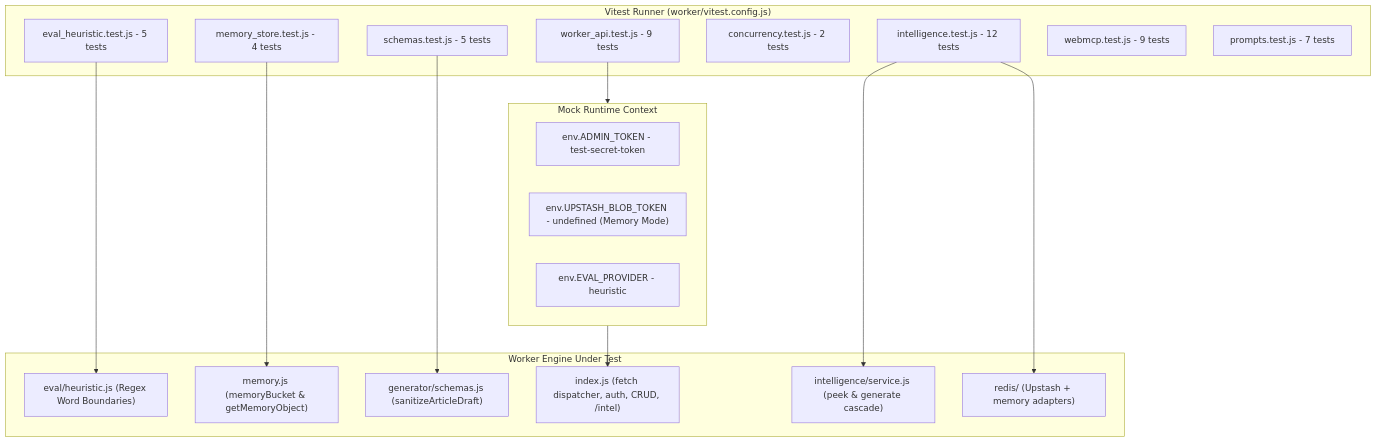
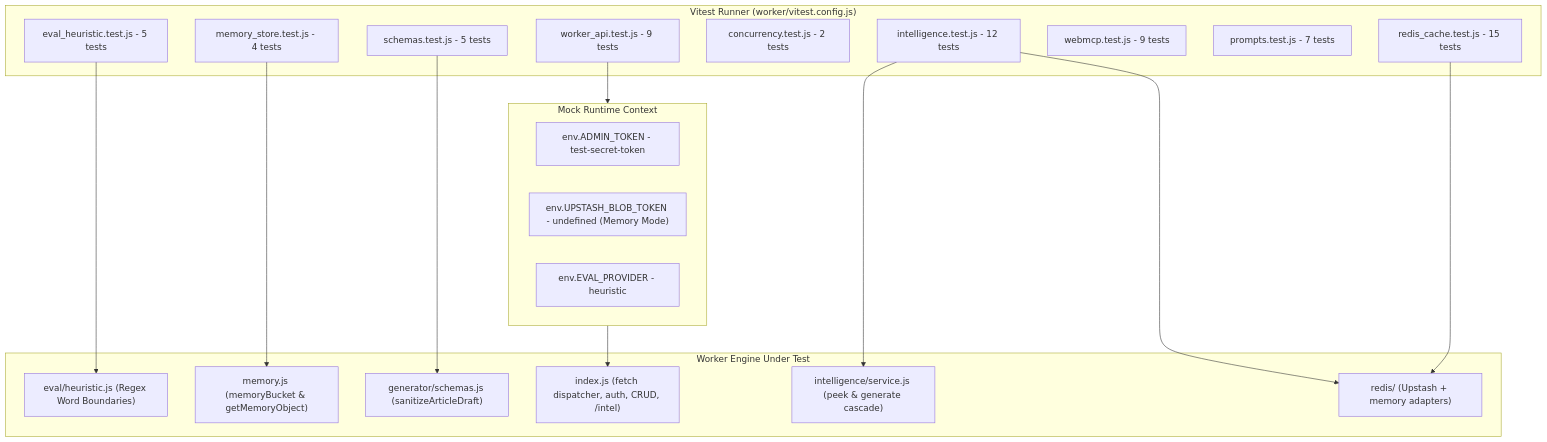
One commit to AmritSDutta/kalidass changed the diagram in docs/testcases.mdx. Above: the diagram before and after it, drawn with Mermaid. The commit also changed other lines of this file and 7 other files, not shown here.

````diff
--- a/docs/testcases.mdx
+++ b/docs/testcases.mdx
@@ -14,33 +14,35 @@
 ```mermaid
 flowchart TD
   subgraph TestRunner["Vitest Runner (worker/vitest.config.js)"]
     HeuristicSuite["eval_heuristic.test.js - 5 tests"]
     MemorySuite["memory_store.test.js - 4 tests"]
     SchemaSuite["schemas.test.js - 5 tests"]
     WorkerApiSuite["worker_api.test.js - 9 tests"]
     ConcurrencySuite["concurrency.test.js - 2 tests"]
     IntelligenceSuite["intelligence.test.js - 12 tests"]
     WebMcpSuite["webmcp.test.js - 9 tests"]
     PromptsSuite["prompts.test.js - 7 tests"]
+    RedisSuite["redis_cache.test.js - 15 tests"]
   end
   subgraph SystemUnderTest["Worker Engine Under Test"]
     HeuristicEngine["eval/heuristic.js (Regex Word Boundaries)"]
     MemoryAdapter["memory.js (memoryBucket & getMemoryObject)"]
     SchemaNormalizer["generator/schemas.js (sanitizeArticleDraft)"]
     WorkerRouter["index.js (fetch dispatcher, auth, CRUD, /intel)"]
     IntelService["intelligence/service.js (peek & generate cascade)"]
     RedisAdapters["redis/ (Upstash + memory adapters)"]
   end
   subgraph MockEnv["Mock Runtime Context"]
     MockConfig["env.ADMIN_TOKEN - test-secret-token"]
     MockStore["env.UPSTASH_BLOB_TOKEN - undefined (Memory Mode)"]
     MockProvider["env.EVAL_PROVIDER - heuristic"]
   end
   HeuristicSuite --> HeuristicEngine
   MemorySuite --> MemoryAdapter
   SchemaSuite --> SchemaNormalizer
   WorkerApiSuite --> MockEnv
   MockEnv --> WorkerRouter
   IntelligenceSuite --> IntelService
   IntelligenceSuite --> RedisAdapters
+  RedisSuite --> RedisAdapters
 ```
````
